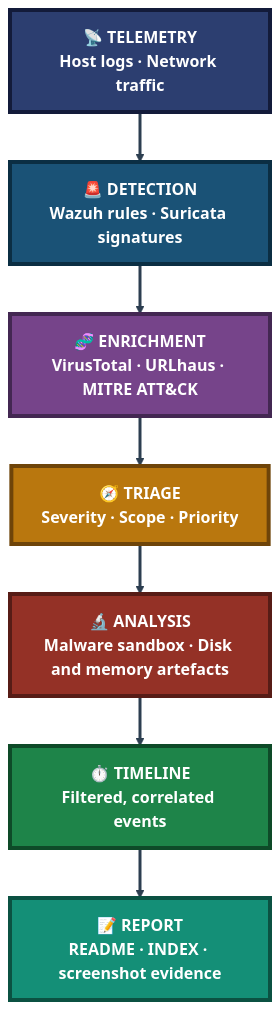
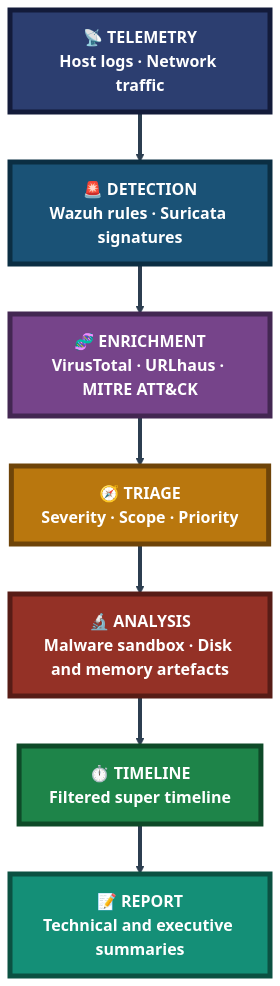
One commit to malaika-azhar/Cybersecurity-Lab-Projects changed the fifth of 5 diagrams in README.md. Above: the diagram before and after it, drawn with Mermaid. The commit also changed other lines of this file, not shown here.

````diff
--- a/README.md
+++ b/README.md
@@ -274,22 +356,22 @@
 ```mermaid
 flowchart TB
     Tel["📡 TELEMETRY<br/>Host logs · Network traffic"]:::telClass
     Det["🚨 DETECTION<br/>Wazuh rules · Suricata signatures"]:::detClass
     Enr["🧬 ENRICHMENT<br/>VirusTotal · URLhaus · MITRE ATT&CK"]:::enrClass
     Tri["🧭 TRIAGE<br/>Severity · Scope · Priority"]:::triClass
     Ana["🔬 ANALYSIS<br/>Malware sandbox · Disk and memory artefacts"]:::anaClass
-    Tim["⏱️ TIMELINE<br/>Filtered, correlated events"]:::timClass
-    Rep["📝 REPORT<br/>README · INDEX · screenshot evidence"]:::repClass
+    Tim["⏱️ TIMELINE<br/>Filtered super timeline"]:::timClass
+    Rep["📝 REPORT<br/>Technical and executive summaries"]:::repClass
 
     Tel --> Det --> Enr --> Tri --> Ana --> Tim --> Rep
 
-    classDef telClass fill:#2C3E70,stroke:#131B3A,stroke-width:4px,color:#FFFFFF,font-weight:bold
-    classDef detClass fill:#1A5276,stroke:#0B2E43,stroke-width:4px,color:#FFFFFF,font-weight:bold
-    classDef enrClass fill:#76448A,stroke:#432752,stroke-width:4px,color:#FFFFFF,font-weight:bold
-    classDef triClass fill:#B9770E,stroke:#6E4409,stroke-width:4px,color:#FFFFFF,font-weight:bold
-    classDef anaClass fill:#943126,stroke:#571C16,stroke-width:4px,color:#FFFFFF,font-weight:bold
-    classDef timClass fill:#1E8449,stroke:#0E4A28,stroke-width:4px,color:#FFFFFF,font-weight:bold
-    classDef repClass fill:#148F77,stroke:#0B5142,stroke-width:4px,color:#FFFFFF,font-weight:bold
+    classDef telClass fill:#2C3E70,stroke:#131B3A,stroke-width:5px,color:#FFFFFF,font-weight:bold,font-size:16px
+    classDef detClass fill:#1A5276,stroke:#0B2E43,stroke-width:5px,color:#FFFFFF,font-weight:bold,font-size:16px
+    classDef enrClass fill:#76448A,stroke:#432752,stroke-width:5px,color:#FFFFFF,font-weight:bold,font-size:16px
+    classDef triClass fill:#B9770E,stroke:#6E4409,stroke-width:5px,color:#FFFFFF,font-weight:bold,font-size:16px
+    classDef anaClass fill:#943126,stroke:#571C16,stroke-width:5px,color:#FFFFFF,font-weight:bold,font-size:16px
+    classDef timClass fill:#1E8449,stroke:#0E4A28,stroke-width:5px,color:#FFFFFF,font-weight:bold,font-size:16px
+    classDef repClass fill:#148F77,stroke:#0B5142,stroke-width:5px,color:#FFFFFF,font-weight:bold,font-size:16px
 
-    linkStyle default stroke:#2C3E50,stroke-width:3px
+    linkStyle default stroke:#2C3E50,stroke-width:4px
 ```
````
